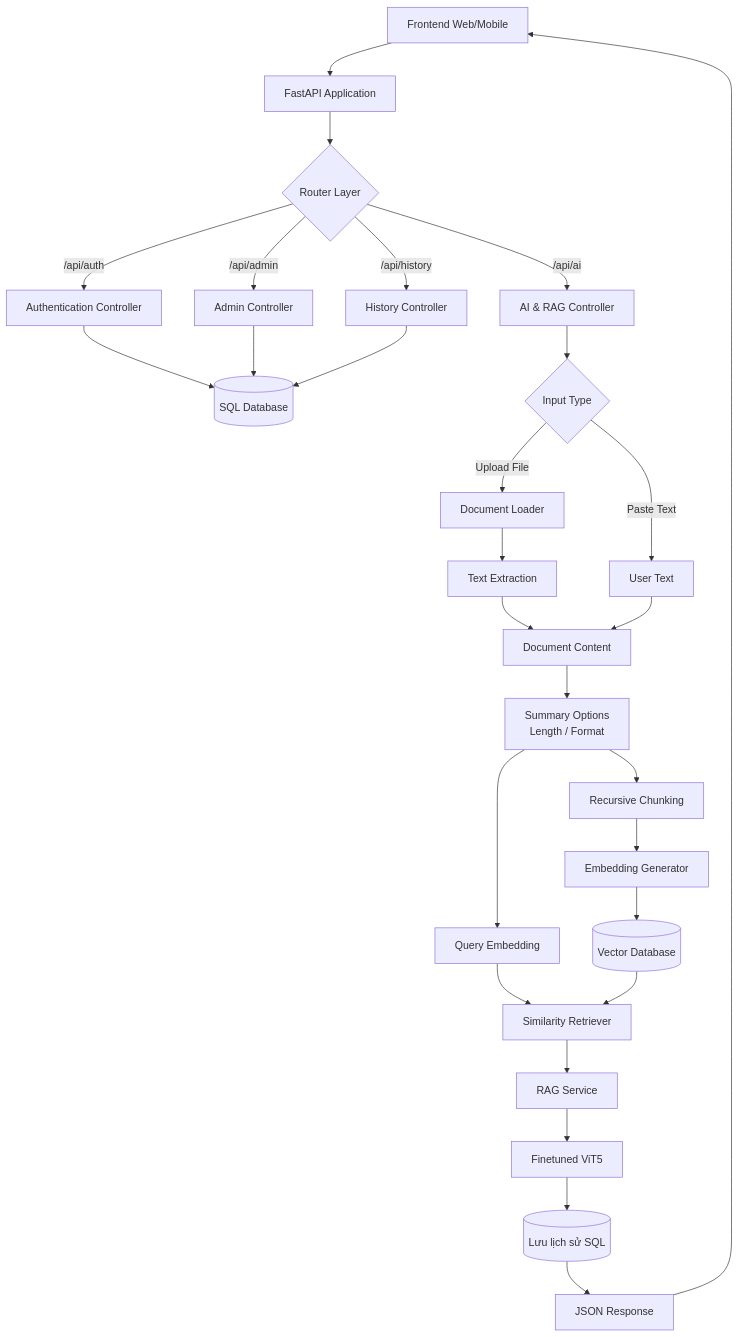
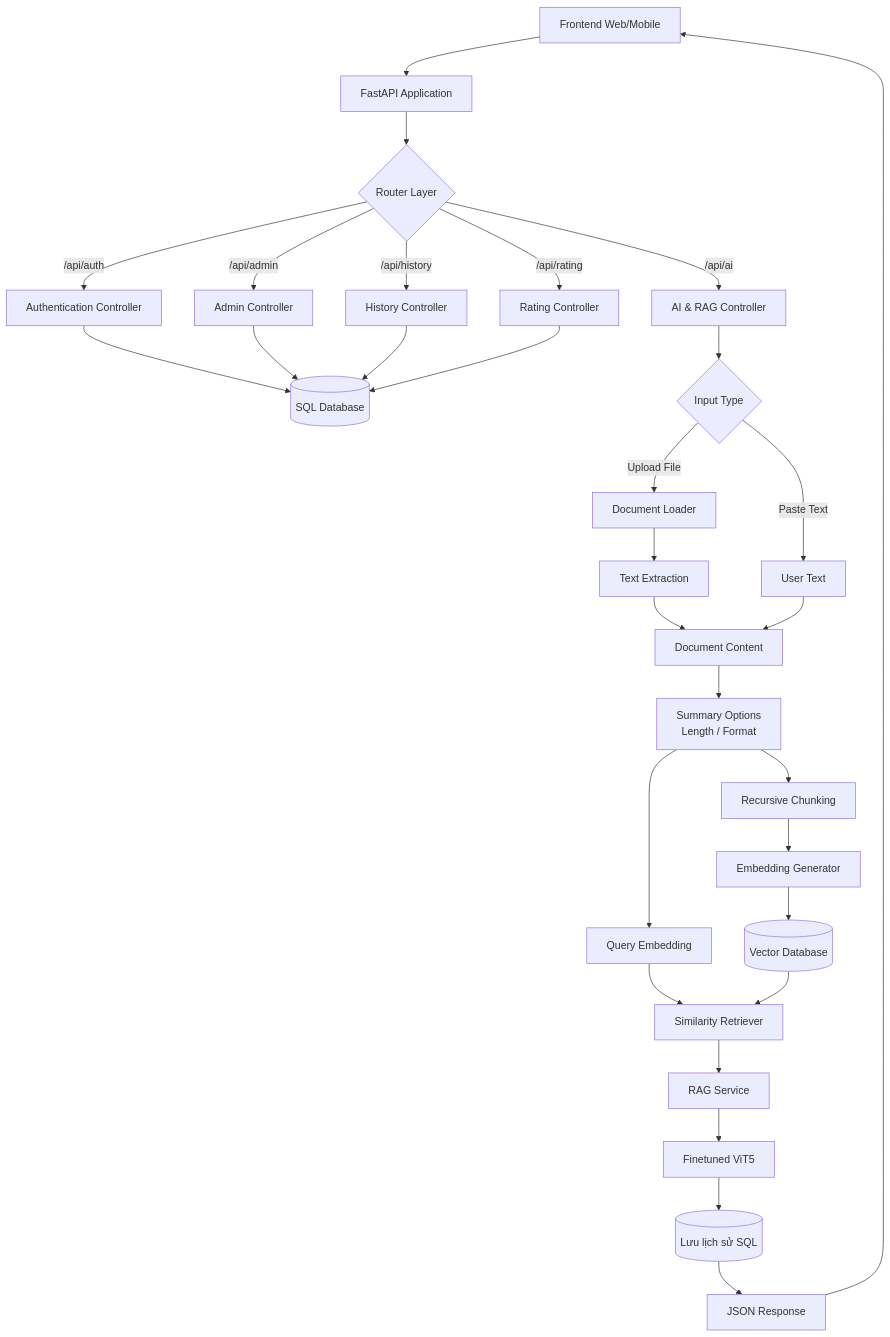
Before and after one commit to kienng221105/Summarize-Vietnamese-Text: the fifth of 6 diagrams in README.md, drawn with Mermaid. The commit also changed other lines of this file, not shown here.

````diff
--- a/README.md
+++ b/README.md
@@ -172,58 +203,60 @@
 ```mermaid
 flowchart TD  
   
 UI[Frontend Web/Mobile]  
   
 UI --> API[FastAPI Application]  
   
 API --> Router{Router Layer}  
   
 Router -->|/api/auth| AuthC[Authentication Controller]  
 Router -->|/api/admin| AdminC[Admin Controller]  
 Router -->|/api/history| HistoryC[History Controller]  
 Router -->|/api/ai| AIC[AI & RAG Controller]  
+Router -->|/api/rating| RatingC[Rating Controller]
   
 AuthC --> PG[(SQL Database)]  
 AdminC --> PG  
 HistoryC --> PG  
+RatingC --> PG  
   
   
 %% USER INPUT  
 AIC --> Input{Input Type}  
   
 Input -->|Paste Text| TextInput[User Text]  
 Input -->|Upload File| Document[Document Loader]  
   
 Document --> Extract[Text Extraction]  
   
 Extract --> Content[Document Content]  
 TextInput --> Content  
   
   
 %% OPTIONS  
 Content --> Opt[Summary Options<br/>Length / Format]  
   
   
 %% RAG PIPELINE  
 Opt --> Splitter[Recursive Chunking]  
   
 Splitter --> Embed[Embedding Generator]  
   
 Embed --> VDB[(Vector Database)]  
   
 Opt --> QueryEmbed[Query Embedding]  
   
 QueryEmbed --> Retriever[Similarity Retriever]  
   
 VDB --> Retriever  
   
 Retriever --> RAG[RAG Service]  
   
 RAG --> LLM[Finetuned ViT5]  
   
 LLM --> SaveDB[(Lưu lịch sử SQL)]  
   
 SaveDB --> Response[JSON Response]  
   
 Response --> UI
 ```
````
